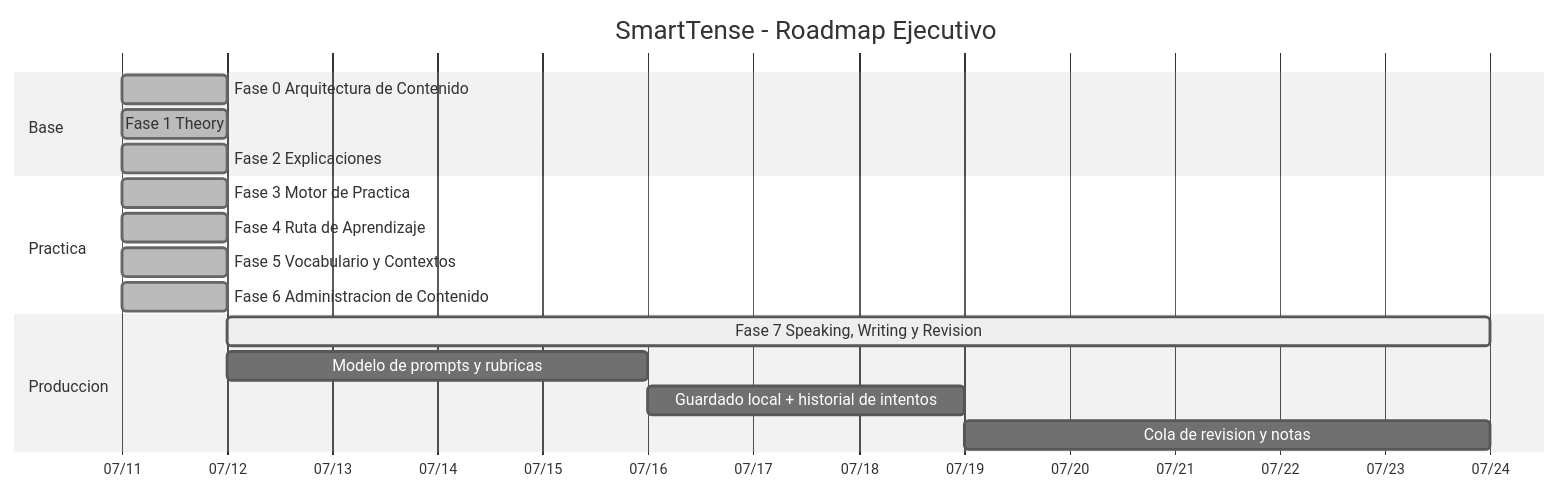
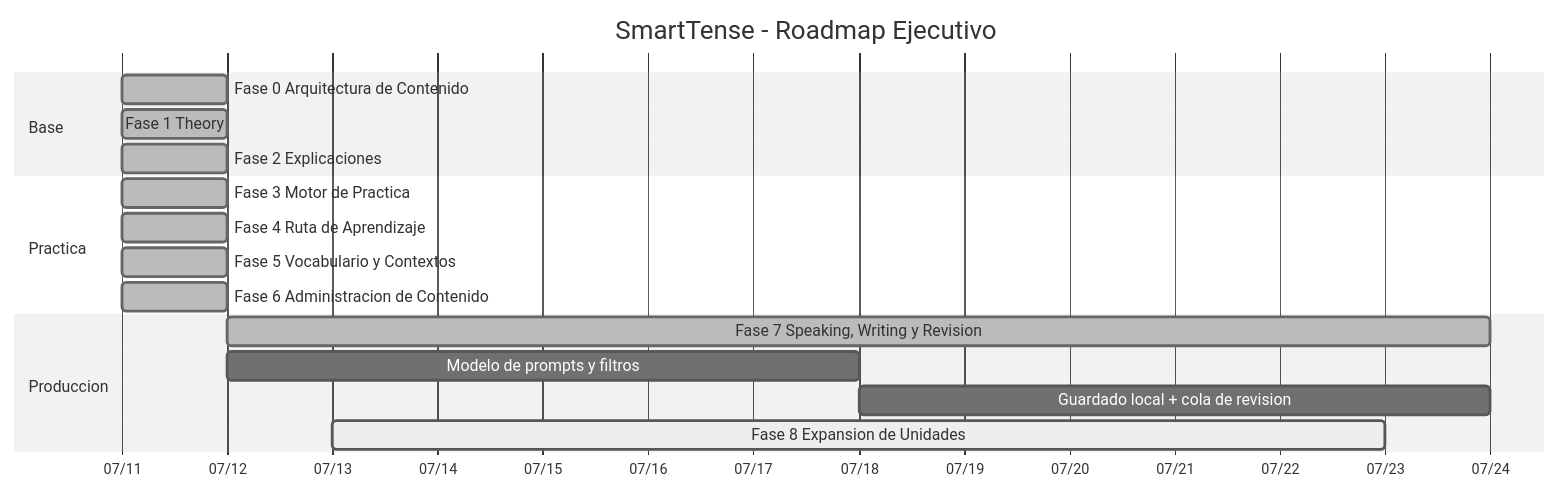
The diagram in docs/DEVELOPMENT_PHASE_EXECUTION_PLAN.md (dafermen/SmartTense), drawn with Mermaid (neutral theme) before and after one commit. The commit also changed other lines of this file and 11 other files, not shown here.

Commit message:
Add phase execution log and Dario-based roadmap artifacts

````diff
--- a/docs/DEVELOPMENT_PHASE_EXECUTION_PLAN.md
+++ b/docs/DEVELOPMENT_PHASE_EXECUTION_PLAN.md
@@ -112,23 +159,23 @@
 ```mermaid
 gantt
     title SmartTense - Roadmap Ejecutivo
     dateFormat  YYYY-MM-DD
     axisFormat  %m/%d
 
     section Base
     Fase 0 Arquitectura de Contenido           :done, done0, 2026-07-11, 1d
     Fase 1 Theory                              :done, done1, 2026-07-11, 1d
     Fase 2 Explicaciones                       :done, done2, 2026-07-11, 1d
 
     section Practica
     Fase 3 Motor de Practica                    :done, done3, 2026-07-11, 1d
     Fase 4 Ruta de Aprendizaje                  :done, done4, 2026-07-11, 1d
     Fase 5 Vocabulario y Contextos              :done, done5, 2026-07-11, 1d
     Fase 6 Administracion de Contenido          :done, done6, 2026-07-11, 1d
 
     section Produccion
-    Fase 7 Speaking, Writing y Revision         :active, p7, 2026-07-12, 12d
-    Modelo de prompts y rubricas                 :p7a, 2026-07-12, 4d
-    Guardado local + historial de intentos        :p7b, after p7a, 3d
-    Cola de revision y notas                     :p7c, after p7b, 5d
+    Fase 7 Speaking, Writing y Revision         :done, p7, 2026-07-12, 12d
+    Modelo de prompts y filtros                   :p7a, 2026-07-12, 6d
+    Guardado local + cola de revision             :p7b, after p7a, 6d
+    Fase 8 Expansion de Unidades                 :active, p8, 2026-07-13, 10d
 ```
````
